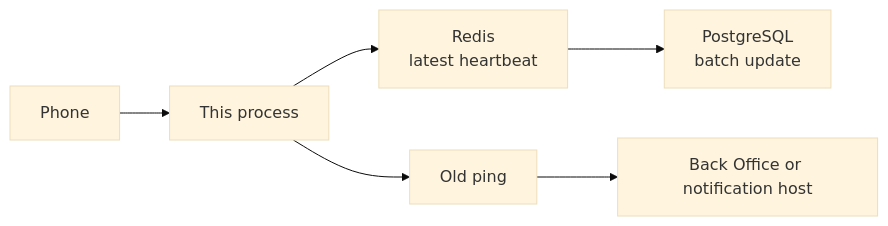
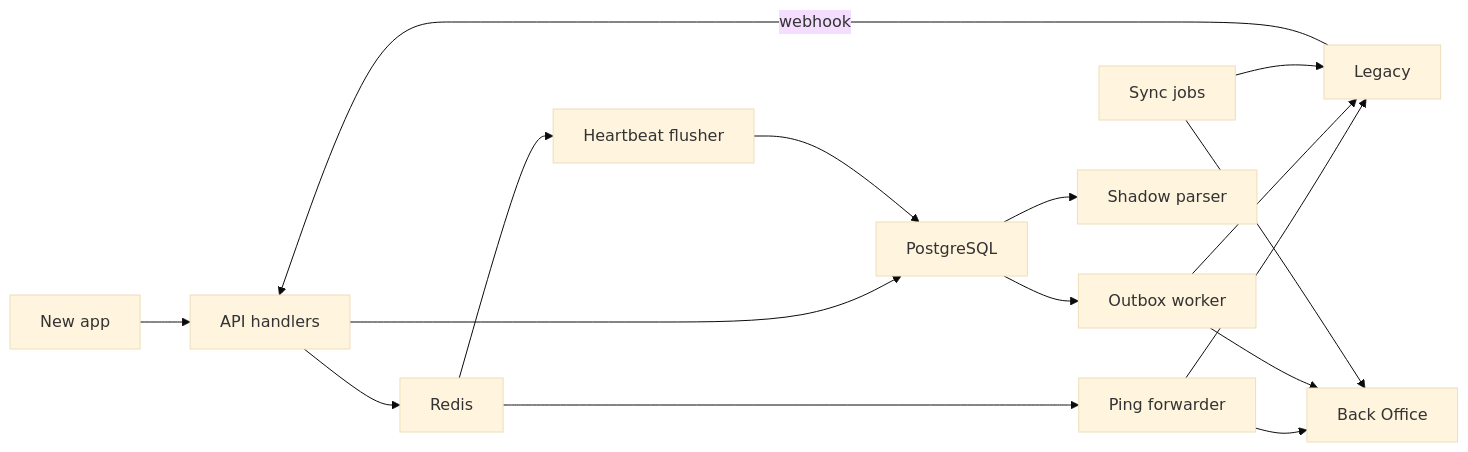
The diagram in plans-next-architecture/02-system.md (ryenguyen7411/jms-docs), drawn with Mermaid (base theme) before and after one commit. The commit also changed other lines of this file and 12 other files, not shown here.

````diff
--- a/plans-next-architecture/02-system.md
+++ b/plans-next-architecture/02-system.md
@@ -9,8 +9,17 @@
 ```mermaid
 flowchart LR
-    APP["Phone"] --> API["This process"]
-    API --> REDIS["Redis<br/>latest heartbeat"]
-    REDIS --> PG["PostgreSQL<br/>batch update"]
-    API --> OLD["Old ping"]
-    OLD --> BO["Back Office or notification host"]
+    APP["New app"] --> API["API handlers"]
+    API --> PG["PostgreSQL"]
+    API --> REDIS["Redis"]
+    REDIS --> FLUSH["Heartbeat flusher"] --> PG
+    REDIS --> PFWD["Ping forwarder"]
+    PG --> OBX["Outbox worker"]
+    PG --> SHADOW["Shadow parser"]
+    PFWD --> LEG["Legacy"]
+    PFWD --> BO["Back Office"]
+    OBX --> LEG
+    OBX --> BO
+    JOBS["Sync jobs"] --> LEG
+    JOBS --> BO
+    LEG -->|"webhook"| API
 ```
````
